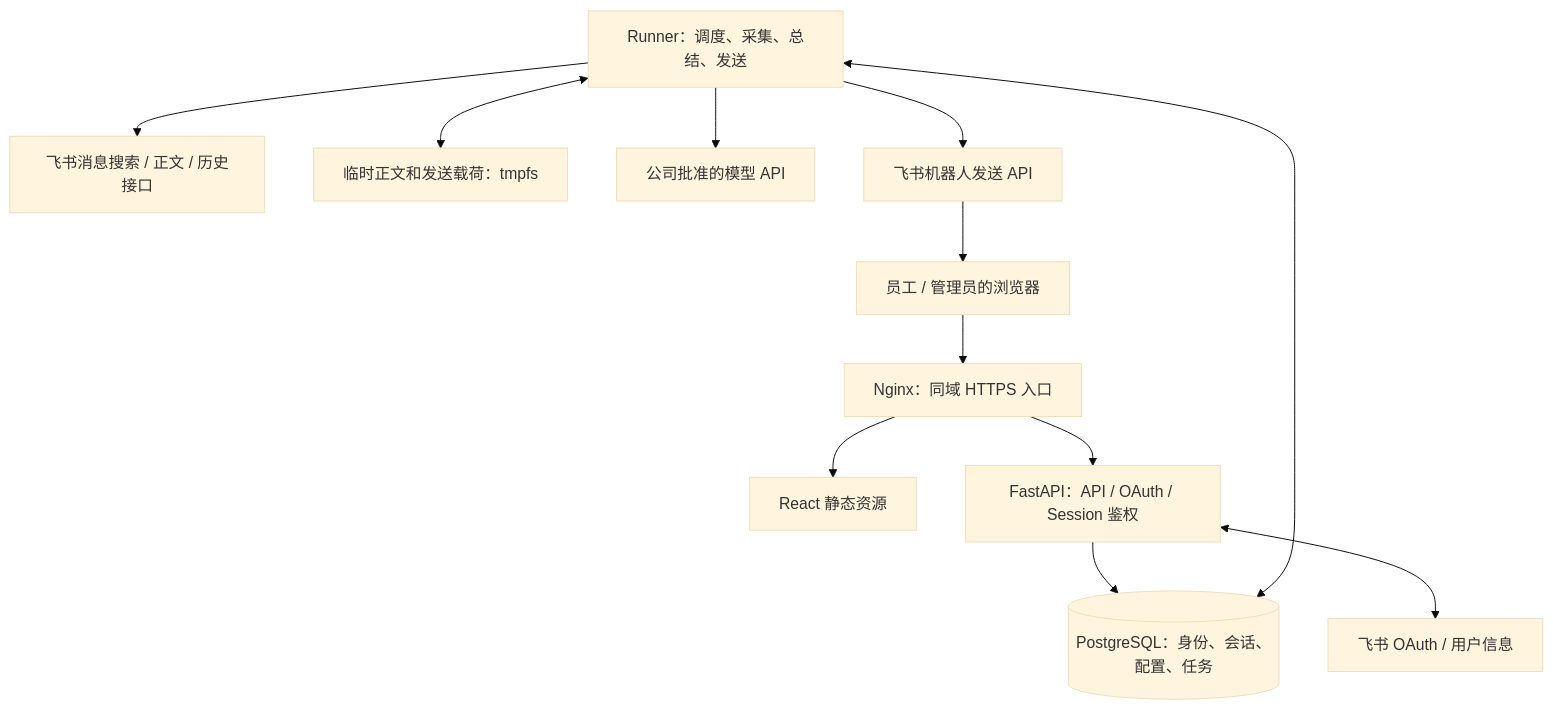
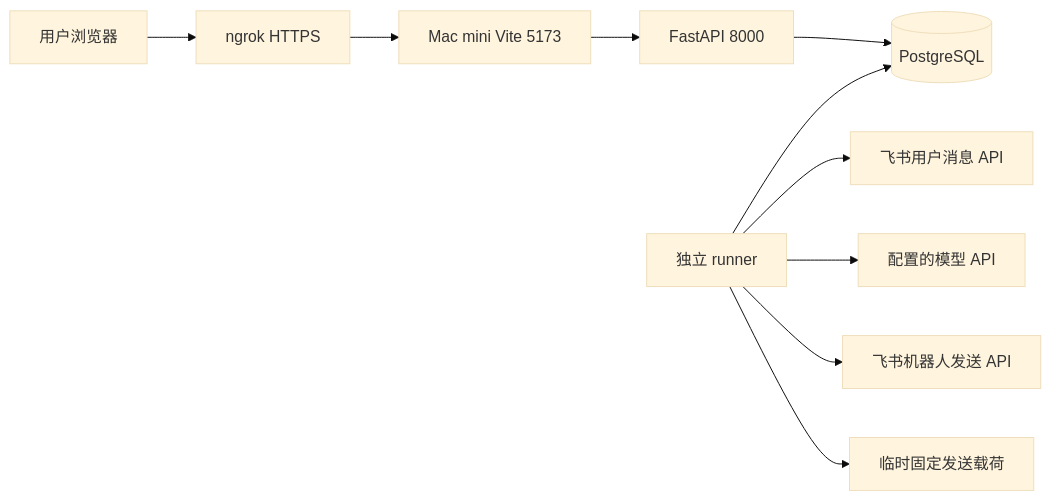
One commit to chenglingli/feishu-summary-server changed the diagram in docs/飞书个人会话总结助手-技术设计-v0.1.md. Above: the diagram before and after it, drawn with Mermaid (base theme). The commit also changed other lines of this file and 1 other file, not shown here.

````diff
--- a/docs/飞书个人会话总结助手-技术设计-v0.1.md
+++ b/docs/飞书个人会话总结助手-技术设计-v0.1.md
@@ -80,14 +65,12 @@
 ```mermaid
-flowchart TB
-    U[员工 / 管理员的浏览器] --> N[Nginx：同域 HTTPS 入口]
-    N --> S[React 静态资源]
-    N --> W[FastAPI：API / OAuth / Session 鉴权]
-    W <--> O[飞书 OAuth / 用户信息]
-    W --> D[(PostgreSQL：身份、会话、配置、任务)]
-    R[Runner：调度、采集、总结、发送] <--> D
-    R --> F[飞书消息搜索 / 正文 / 历史接口]
-    R <--> T[临时正文和发送载荷：tmpfs]
-    R --> M[公司批准的模型 API]
-    R --> B[飞书机器人发送 API]
-    B --> U
+flowchart LR
+    B[用户浏览器] --> N[ngrok HTTPS]
+    N --> W[Mac mini Vite 5173]
+    W --> A[FastAPI 8000]
+    A --> D[(PostgreSQL)]
+    R[独立 runner] --> D
+    R --> F[飞书用户消息 API]
+    R --> K[配置的模型 API]
+    R --> S[飞书机器人发送 API]
+    R --> P[临时固定发送载荷]
 ```
````
